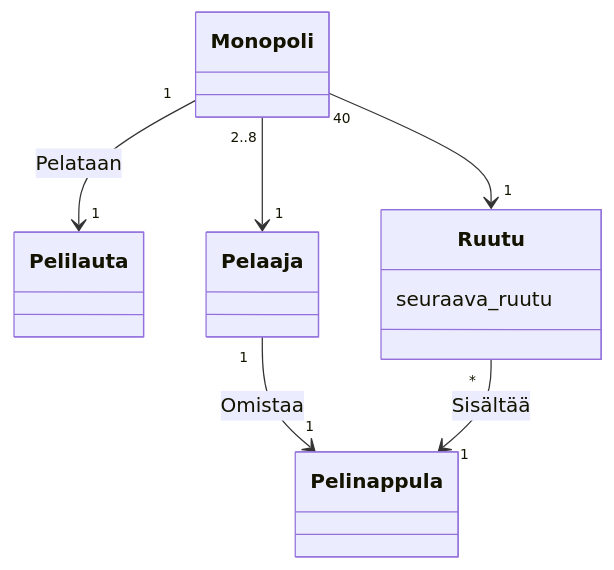
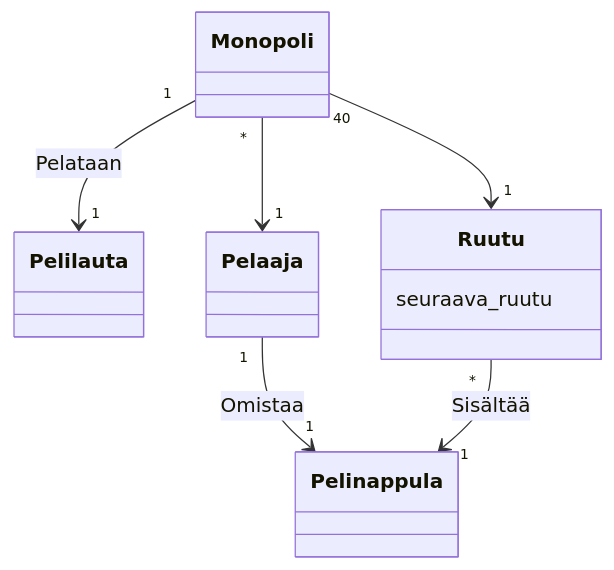
Before and after one commit to immone/ot-harjoitustyo-2023: the diagram in laskarit/viikko3/monopoli1.md, drawn with Mermaid.

Commit message:
Monopoli1.md

````diff
--- a/laskarit/viikko3/monopoli1.md
+++ b/laskarit/viikko3/monopoli1.md
@@ -1,19 +1,20 @@
 ```mermaid
  classDiagram
       Monopoli "1" --> "1" Pelilauta : Pelataan
-      Monopoli "2..8" --> "1" Pelaaja 
+      Monopoli "*" --> "1" Pelaaja 
       Monopoli "40" --> "1" Ruutu
       Pelaaja "1" --> "1" Pelinappula : Omistaa
       Ruutu "*" --> "1" Pelinappula : Sisältää
+      
       class Monopoli{
       }
       class Pelilauta{
       }
       class Ruutu{
       	seuraava_ruutu
       }
       class Pelaaja{
       }
       class Pelinappula{	
       }
 ```
````
